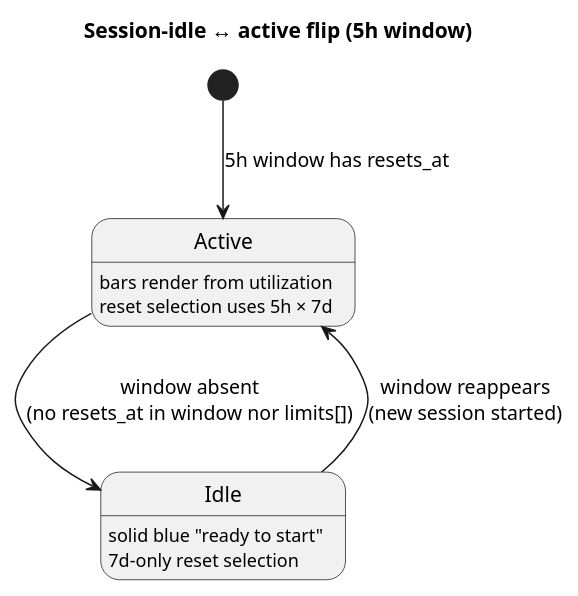
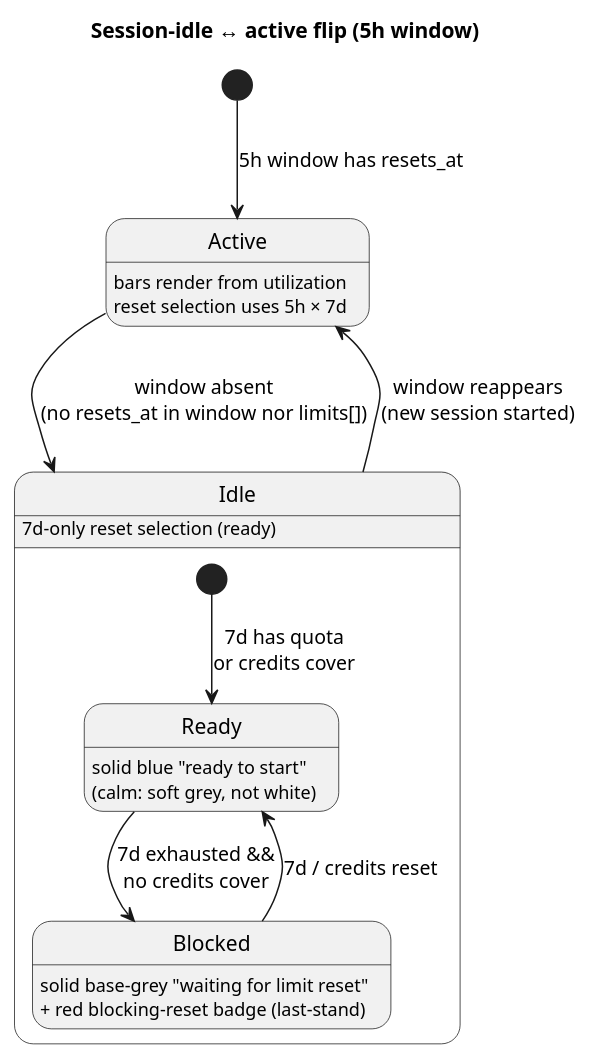
Before and after one commit to artem-from-ua/tokenpace: the fifth of 6 diagrams in docs/reference/architecture/data-flow.md, drawn with PlantUML. The commit also changed other lines of this file and 15 other files, not shown here.

First line of the commit message:
Idle/blocked status: grey bar, "waiting for limit reset", red blocking-reset badge (#158) (#164)

````diff
--- a/docs/reference/architecture/data-flow.md
+++ b/docs/reference/architecture/data-flow.md
@@ -134,12 +142,18 @@
 ```plantuml
 @startuml
 title Session-idle ↔ active flip (5h window)
 [*] --> Active : 5h window has resets_at
 Active --> Idle : window absent\n(no resets_at in window nor limits[])
 Idle --> Active : window reappears\n(new session started)
 Active : bars render from utilization
 Active : reset selection uses 5h × 7d
-Idle : solid blue "ready to start"
-Idle : 7d-only reset selection
+state Idle {
+  [*] --> Ready : 7d has quota\nor credits cover
+  Ready --> Blocked : 7d exhausted &&\nno credits cover
+  Blocked --> Ready : 7d / credits reset
+  Ready : solid blue "ready to start"\n(calm: soft grey, not white)
+  Blocked : solid base-grey "waiting for limit reset"\n+ red blocking-reset badge (last-stand)
+}
+Idle : 7d-only reset selection (ready)
 @enduml
 ```
````
